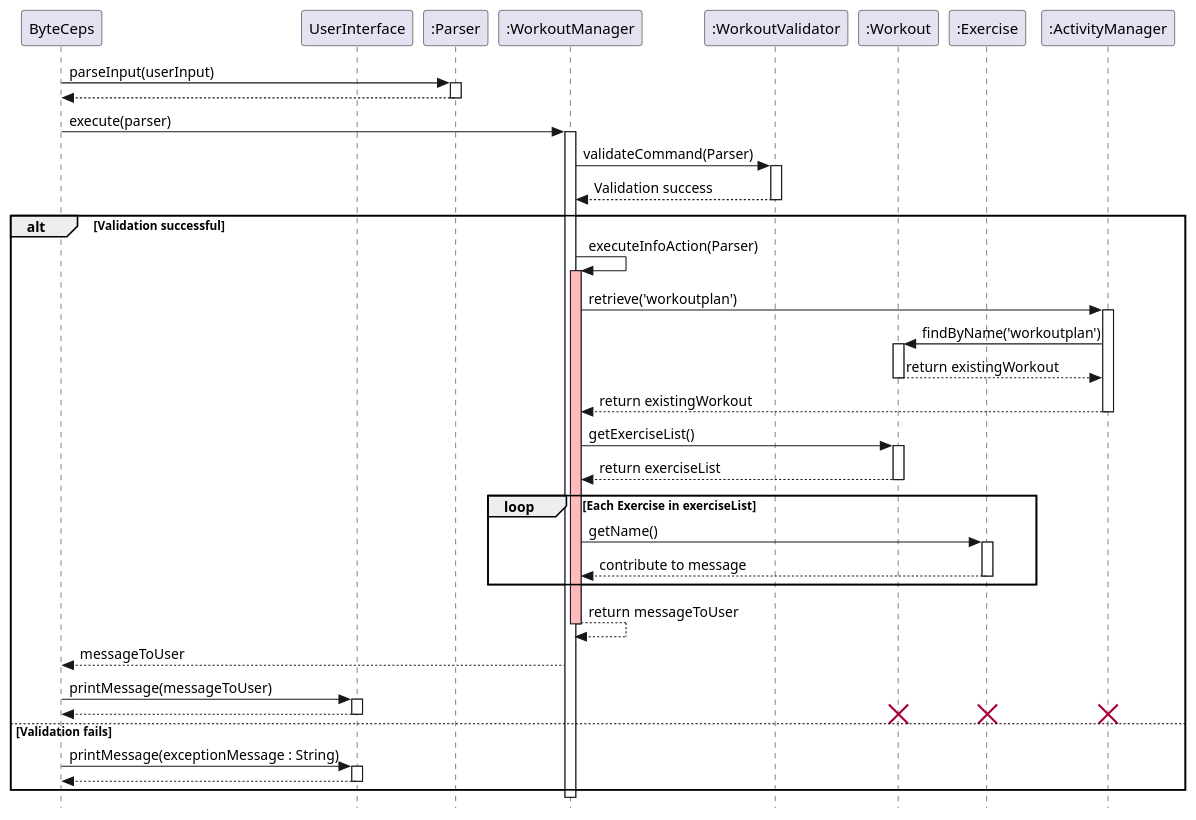
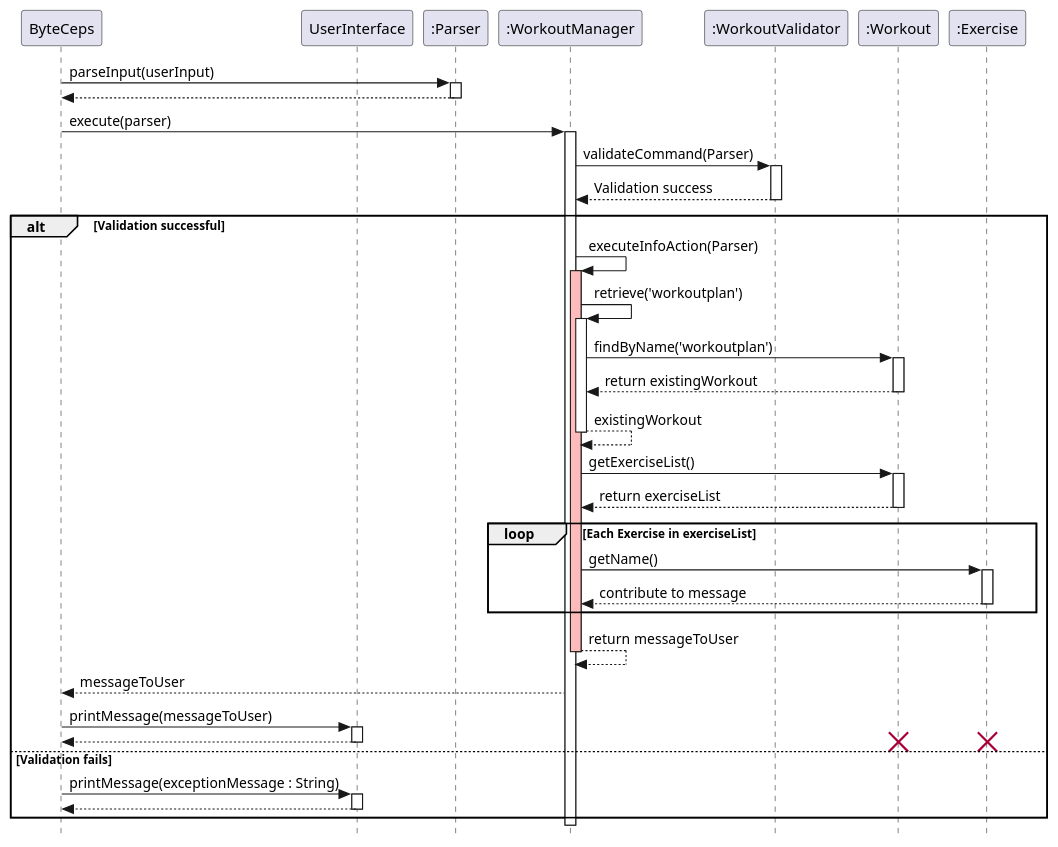
The diagram in docs/plantuml/listExerciseInWorkoutPlan.puml (joshualeejunyi/tp), drawn with PlantUML before and after one commit. The commit also changed 7 other files, not shown here.

Commit message:
Remove ActivityManager in all diagrams

```diff
--- a/docs/plantuml/listExerciseInWorkoutPlan.puml
+++ b/docs/plantuml/listExerciseInWorkoutPlan.puml
@@ -1,78 +1,75 @@
 @startuml SequenceDiagram
 
 skinparam classAttributeIconSize 0
 skinparam style strictuml
 
 participant ByteCeps as User
 participant UserInterface
-participant ":ActivityManager" as ActivityManager
 participant ":Parser" as Parser
 participant ":WorkoutManager" as WorkoutManager
 participant ":WorkoutValidator" as Validator
 participant ":Workout" as Workout
 participant ":Exercise" as Exercise
 
 User -> Parser : parseInput(userInput)
 activate Parser
 User <-- Parser
 deactivate Parser
 
 User -> WorkoutManager : execute(parser)
 activate WorkoutManager
 
 WorkoutManager -> Validator : validateCommand(Parser)
 activate Validator
 Validator --> WorkoutManager : Validation success
 deactivate Validator
 
 alt Validation successful
 
     WorkoutManager -> WorkoutManager : executeInfoAction(Parser)
     activate WorkoutManager #FFBBBB
 
-    create ":ActivityManager" as ActivityManager
-    WorkoutManager -> ActivityManager : retrieve('workoutplan')
-    activate ActivityManager
-    ActivityManager -> Workout : findByName('workoutplan')
+    WorkoutManager -> WorkoutManager : retrieve('workoutplan')
+    activate WorkoutManager
+    WorkoutManager -> Workout : findByName('workoutplan')
     activate Workout
-    Workout --> ActivityManager : return existingWorkout
+    Workout --> WorkoutManager : return existingWorkout
     deactivate Workout
-    ActivityManager --> WorkoutManager : return existingWorkout
-    deactivate ActivityManager
+    WorkoutManager --> WorkoutManager : existingWorkout
+    deactivate WorkoutManager #FFBBBB
 
     WorkoutManager -> Workout : getExerciseList()
     activate Workout
     Workout --> WorkoutManager : return exerciseList
     deactivate Workout
 
     loop Each Exercise in exerciseList
         WorkoutManager -> Exercise : getName()
         activate Exercise
         Exercise --> WorkoutManager : contribute to message
         deactivate Exercise
     end
 
     WorkoutManager --> WorkoutManager : return messageToUser
-    deactivate WorkoutManager #FFBBBB
+    deactivate WorkoutManager
     WorkoutManager --> User : messageToUser
 
     User -> UserInterface: printMessage(messageToUser)
     activate UserInterface
     UserInterface --> User
     deactivate UserInterface
 
     destroy Workout
     destroy Exercise
-    destroy ActivityManager
 
 else Validation fails
     User -> UserInterface: printMessage(exceptionMessage : String)
     activate UserInterface
     UserInterface --> User:
     deactivate UserInterface
 end
 
 deactivate WorkoutManager
 deactivate Parser
 
-@enduml`
+@enduml
```
